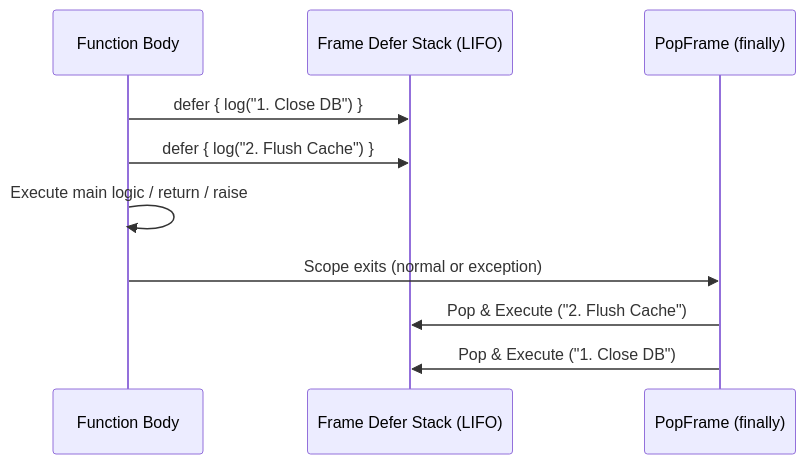
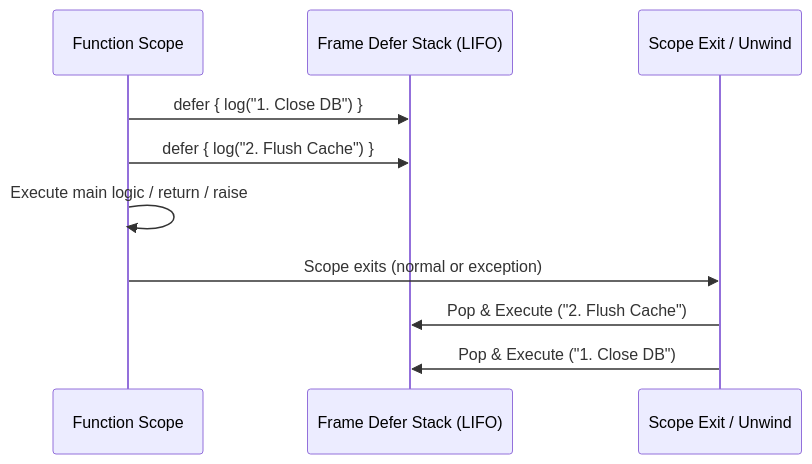
One commit to moonxbears/Pilot changed the diagram in docs/concepts/02-guard-defer-exceptions.md. Above: the diagram before and after it, drawn with Mermaid. The commit also changed other lines of this file and 40 other files, not shown here.

````diff
--- a/docs/concepts/02-guard-defer-exceptions.md
+++ b/docs/concepts/02-guard-defer-exceptions.md
@@ -95,13 +94,13 @@
 ```mermaid
 sequenceDiagram
-    participant Fn as Function Body
+    participant Fn as Function Scope
     participant Stack as Frame Defer Stack (LIFO)
-    participant Exit as PopFrame (finally)
+    participant Exit as Scope Exit / Unwind
 
     Fn->>Stack: defer { log("1. Close DB") }
     Fn->>Stack: defer { log("2. Flush Cache") }
     Fn->>Fn: Execute main logic / return / raise
     Fn->>Exit: Scope exits (normal or exception)
     Exit->>Stack: Pop & Execute ("2. Flush Cache")
     Exit->>Stack: Pop & Execute ("1. Close DB")
 ```
````
